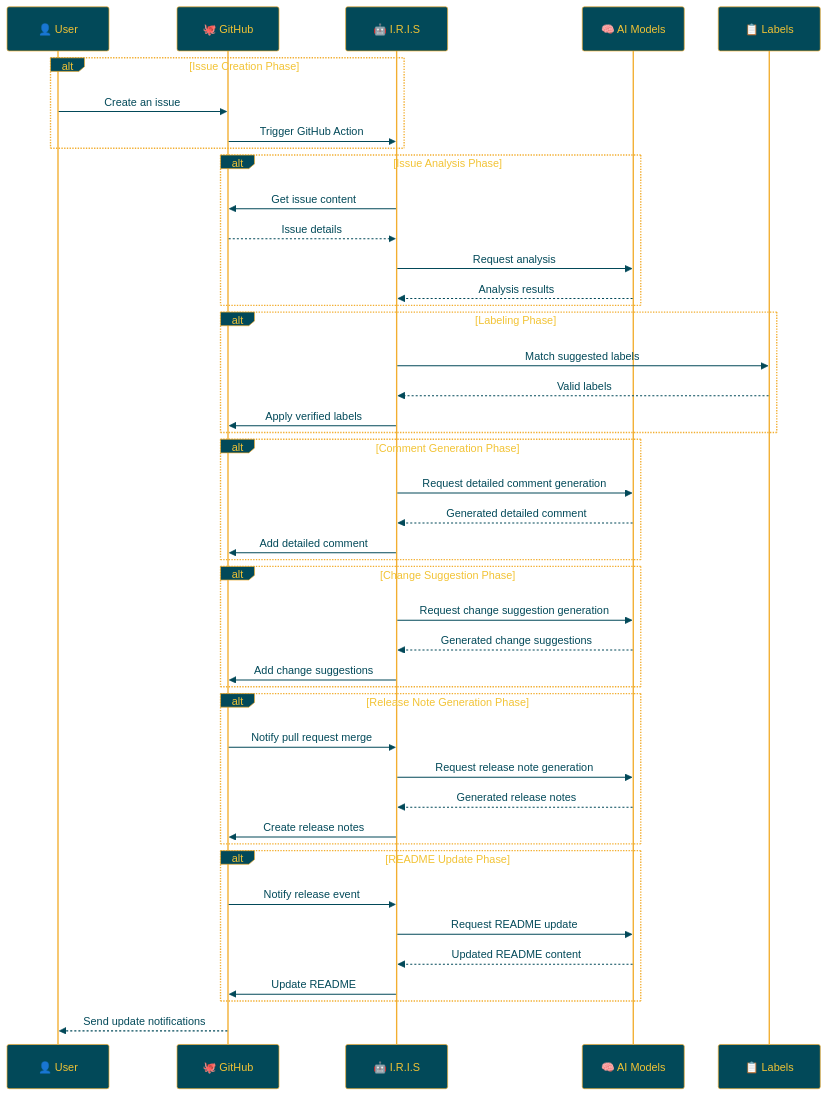
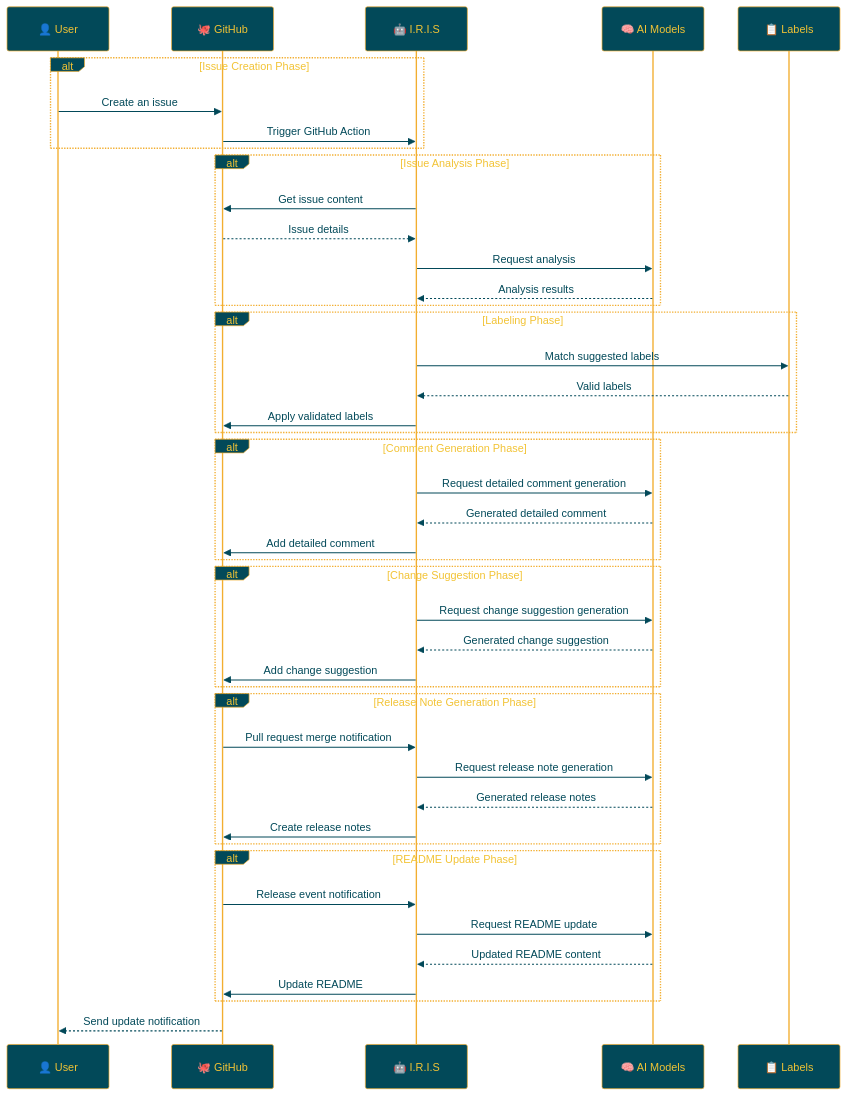
The diagram in docs/README.en.md (Sunwood-ai-labs/IRIS), drawn with Mermaid before and after one commit. The commit also changed other lines of this file, not shown here.

````diff
--- a/docs/README.en.md
+++ b/docs/README.en.md
@@ -129,56 +132,56 @@
 ```mermaid
 %%{init:{'theme':'base','themeVariables':{'primaryColor':'#024959','primaryTextColor':'#F2C335','primaryBorderColor':'#F2AE30','lineColor':'#A1A2A6','secondaryColor':'#593E25','tertiaryColor':'#F2C335','noteTextColor':'#024959','noteBkgColor':'#F2C335','textColor':'#024959','fontSize':'18px'}}}%%
 
 sequenceDiagram
     participant User as 👤 User
     participant GitHub as 🐙 GitHub
     participant IRIS as 🤖 I.R.I.S
     participant AI as 🧠 AI Models
     participant Labels as 📋 Labels
 
     alt Issue Creation Phase
         User->>GitHub: Create an issue
         GitHub->>IRIS: Trigger GitHub Action
     end
 
     alt Issue Analysis Phase
         IRIS->>GitHub: Get issue content
         GitHub-->>IRIS: Issue details
         IRIS->>AI: Request analysis
         AI-->>IRIS: Analysis results
     end
 
     alt Labeling Phase
         IRIS->>Labels: Match suggested labels
         Labels-->>IRIS: Valid labels
-        IRIS->>GitHub: Apply verified labels
+        IRIS->>GitHub: Apply validated labels
     end
 
     alt Comment Generation Phase
         IRIS->>AI: Request detailed comment generation
         AI-->>IRIS: Generated detailed comment
         IRIS->>GitHub: Add detailed comment
     end
 
     alt Change Suggestion Phase
         IRIS->>AI: Request change suggestion generation
-        AI-->>IRIS: Generated change suggestions
-        IRIS->>GitHub: Add change suggestions
+        AI-->>IRIS: Generated change suggestion
+        IRIS->>GitHub: Add change suggestion
     end
 
     alt Release Note Generation Phase
-        GitHub->>IRIS: Notify pull request merge
+        GitHub->>IRIS: Pull request merge notification
         IRIS->>AI: Request release note generation
         AI-->>IRIS: Generated release notes
         IRIS->>GitHub: Create release notes
     end
 
     alt README Update Phase
-        GitHub->>IRIS: Notify release event
+        GitHub->>IRIS: Release event notification
         IRIS->>AI: Request README update
         AI-->>IRIS: Updated README content
         IRIS->>GitHub: Update README
     end
 
-    GitHub-->>User: Send update notifications
+    GitHub-->>User: Send update notification
 ```
````
